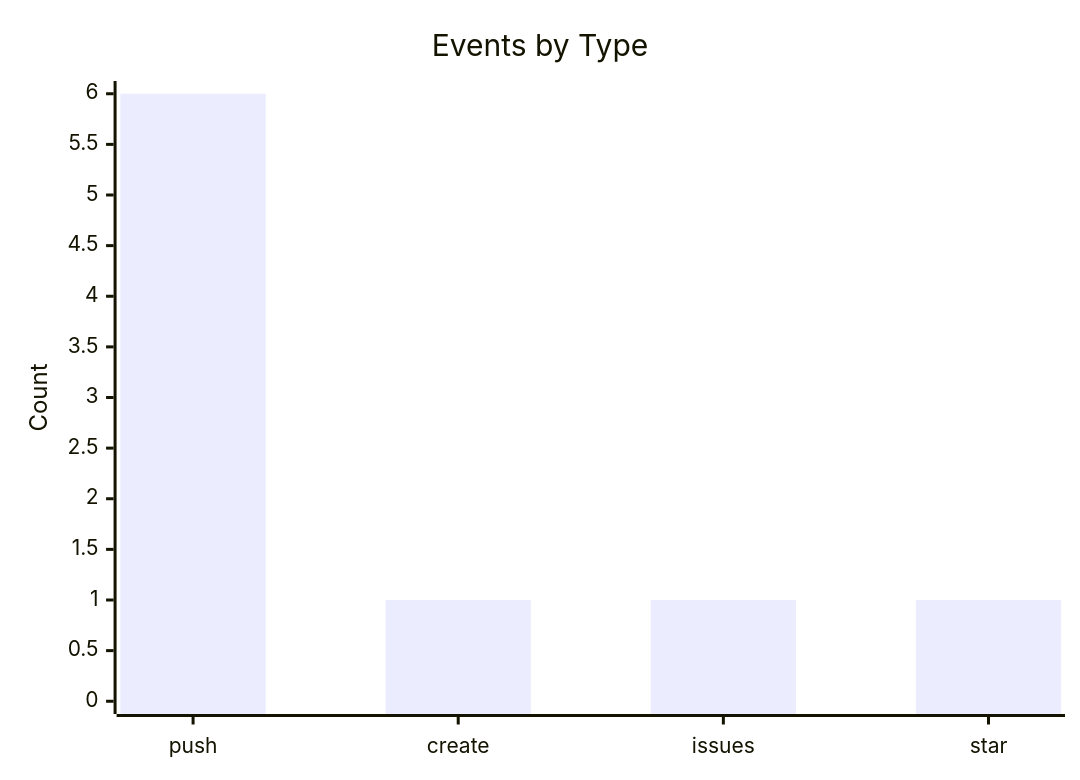
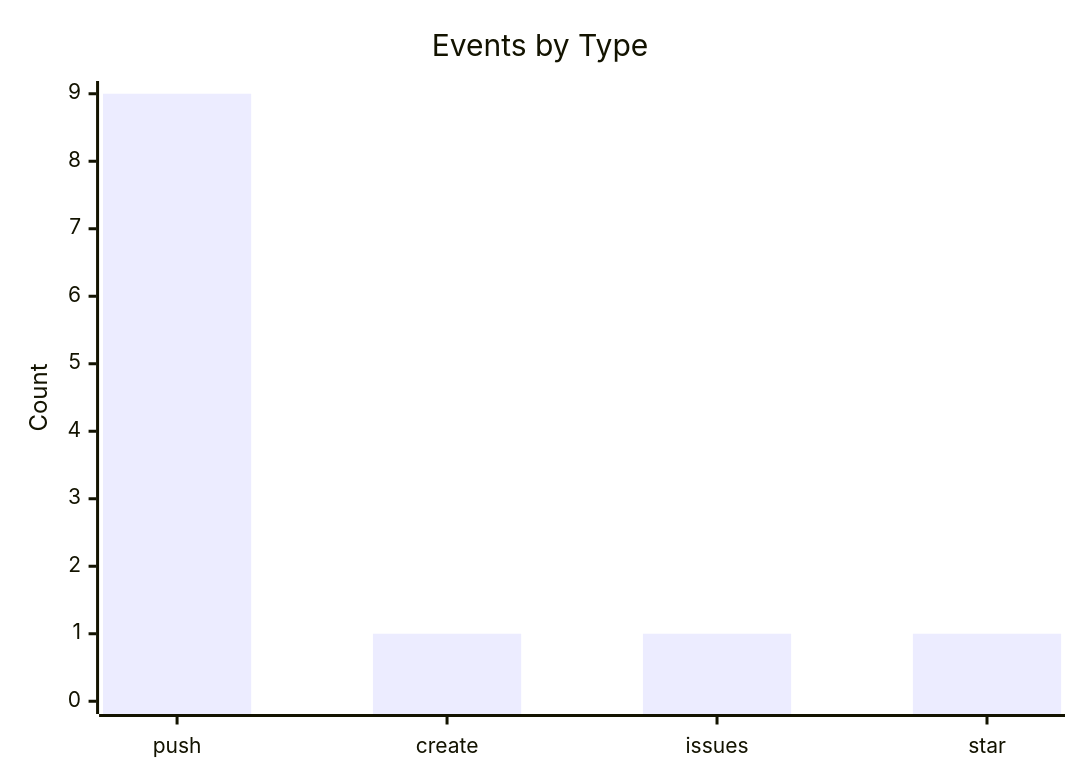
Before and after one commit to lunarshe11/lunarshe11: the third of 3 diagrams in README.md, drawn with Mermaid. The commit also changed other lines of this file, not shown here.

````diff
--- a/README.md
+++ b/README.md
@@ -38,7 +34,7 @@
 ```mermaid
 xychart-beta
     title "Events by Type"
     x-axis ["push", "create", "issues", "star"]
-    y-axis "Count" 0 --> 6
-    bar [6, 1, 1, 1]
+    y-axis "Count" 0 --> 9
+    bar [9, 1, 1, 1]
 ```
````
